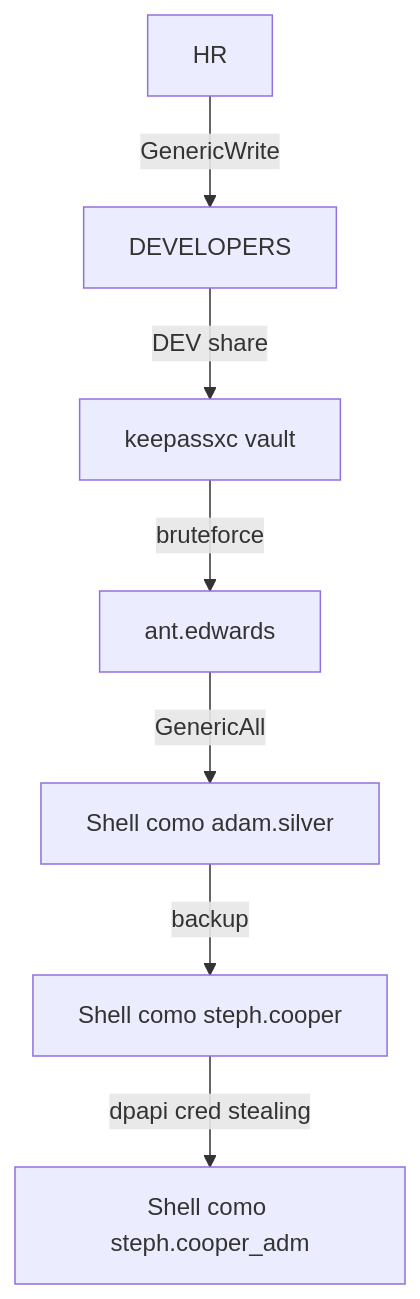
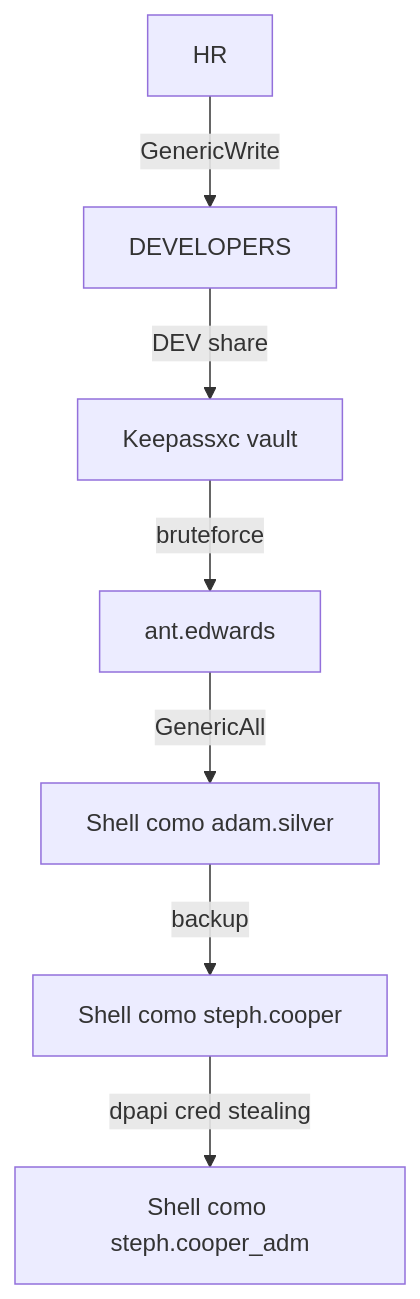
The second of 2 diagrams in content/CTF/Hackthebox/Puppy/Puppy HTB Write-up.md (Pre4ch3r/Hacking), drawn with Mermaid before and after one commit. The commit also changed other lines of this file, not shown here.

````diff
--- a/content/CTF/Hackthebox/Puppy/Puppy HTB Write-up.md
+++ b/content/CTF/Hackthebox/Puppy/Puppy HTB Write-up.md
@@ -220,9 +589,9 @@
 ```mermaid
 flowchart TD
     A[HR] -->|GenericWrite| B[DEVELOPERS]
-    B -->|DEV share| C[keepassxc vault] 
+    B -->|DEV share| C[Keepassxc vault] 
     C -->|bruteforce| D[ant.edwards] 
     D -->|GenericAll| E[Shell como adam.silver]
     E -->|backup| F[Shell como steph.cooper]
     F -->|dpapi cred stealing| G[Shell como steph.cooper_adm]
 ```
````
